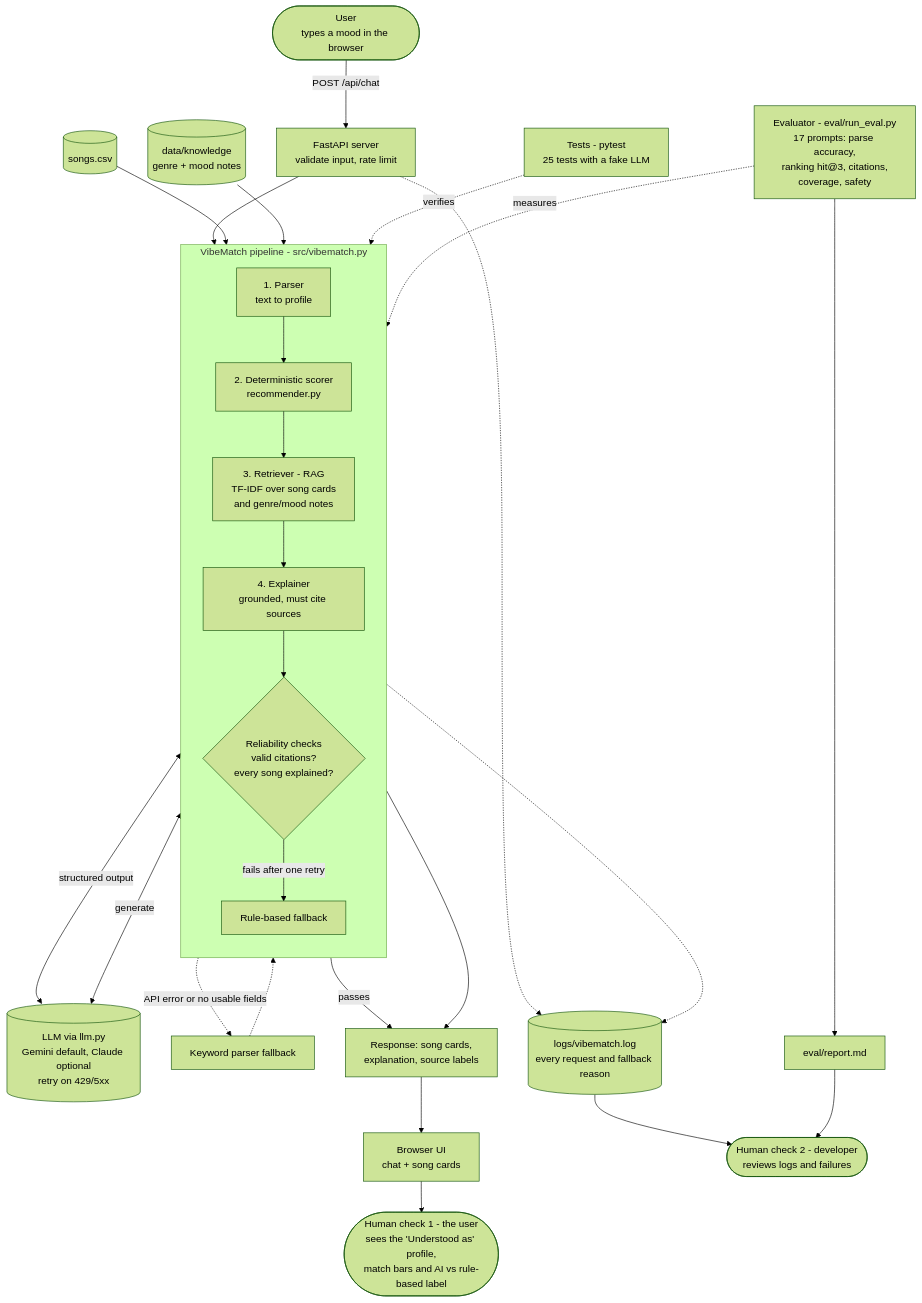
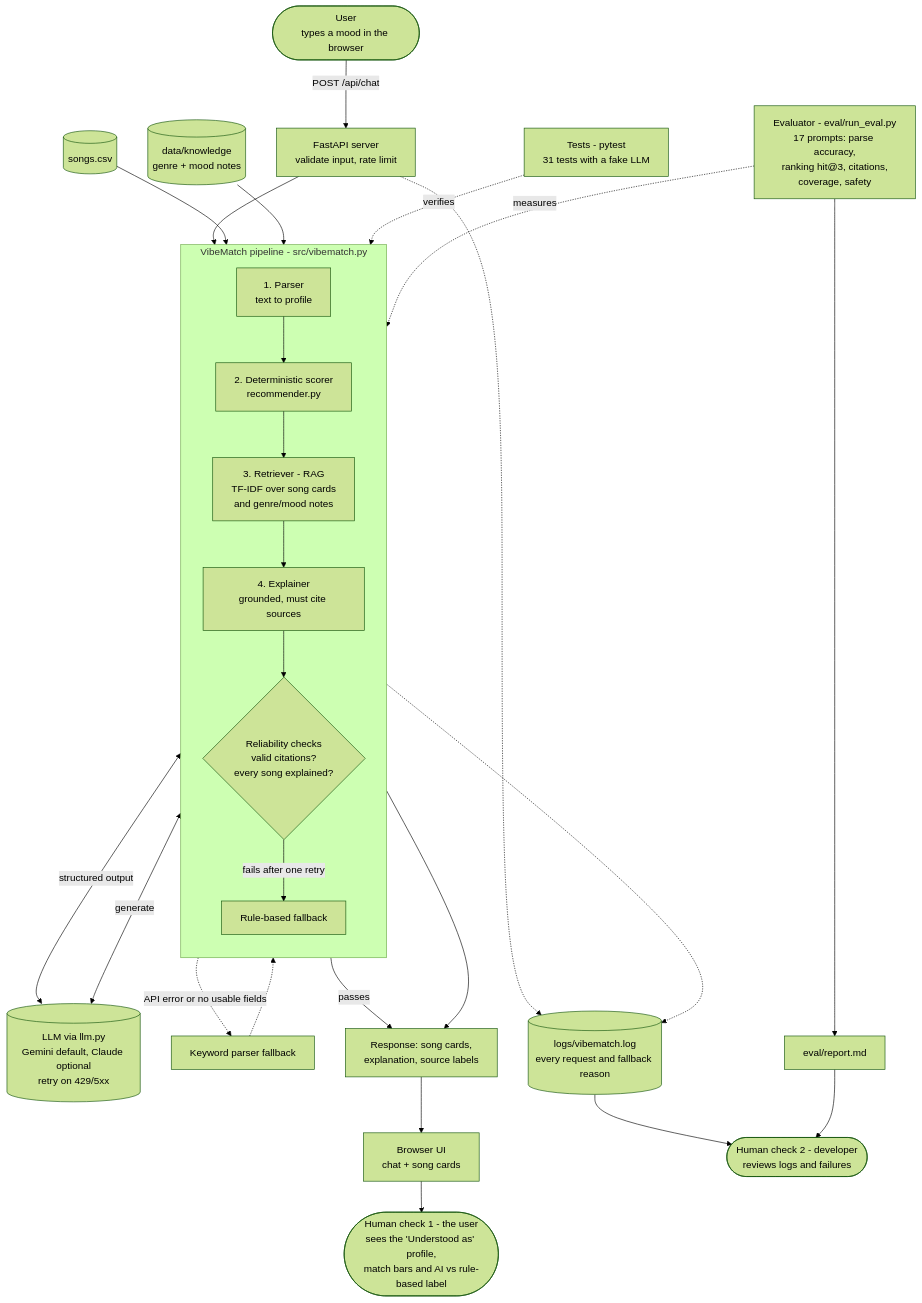
One commit to RiyaKumbhar/applied-ai-system-project changed the diagram in diagrams/architecture.mmd. Above: the diagram before and after it, drawn with Mermaid (forest theme). The commit also changed 13 other files, not shown here.

```diff
--- a/diagrams/architecture.mmd
+++ b/diagrams/architecture.mmd
@@ -1,39 +1,39 @@
 flowchart TD
     %% ---------- Input ----------
     U([User<br/>types a mood in the browser]) -->|POST /api/chat| API[FastAPI server<br/>validate input, rate limit]
 
     %% ---------- Process ----------
     subgraph PIPE[VibeMatch pipeline - src/vibematch.py]
         direction TB
         P[1. Parser<br/>text to profile]
         S[2. Deterministic scorer<br/>recommender.py]
         R[3. Retriever - RAG<br/>TF-IDF over song cards<br/>and genre/mood notes]
         E[4. Explainer<br/>grounded, must cite sources]
         C{Reliability checks<br/>valid citations?<br/>every song explained?}
         FB[Rule-based fallback]
         P --> S --> R --> E --> C
         C -->|fails after one retry| FB
     end
     API --> P
     D[(songs.csv)] --> S
     K[(data/knowledge<br/>genre + mood notes)] --> R
     P <-->|structured output| LLM[(LLM via llm.py<br/>Gemini default, Claude optional<br/>retry on 429/5xx)]
     E <-->|generate| LLM
     P -.->|API error or no usable fields| KW[Keyword parser fallback]
     KW -.-> S
 
     %% ---------- Output ----------
     C -->|passes| OUT[Response: song cards,<br/>explanation, source labels]
     FB --> OUT
     OUT --> UI[Browser UI<br/>chat + song cards]
 
     %% ---------- Human + testing checks ----------
     UI --> H1([Human check 1 - the user<br/>sees the 'Understood as' profile,<br/>match bars and AI vs rule-based label])
     LOG[(logs/vibematch.log<br/>every request and fallback reason)]
     PIPE -.-> LOG
     API -.-> LOG
     LOG --> H2([Human check 2 - developer<br/>reviews logs and failures])
-    T[Tests - pytest<br/>25 tests with a fake LLM] -.->|verifies| PIPE
+    T[Tests - pytest<br/>31 tests with a fake LLM] -.->|verifies| PIPE
     EV[Evaluator - eval/run_eval.py<br/>17 prompts: parse accuracy,<br/>ranking hit@3, citations,<br/>coverage, safety] -.->|measures| PIPE
     EV --> REP[eval/report.md]
     REP --> H2
```
